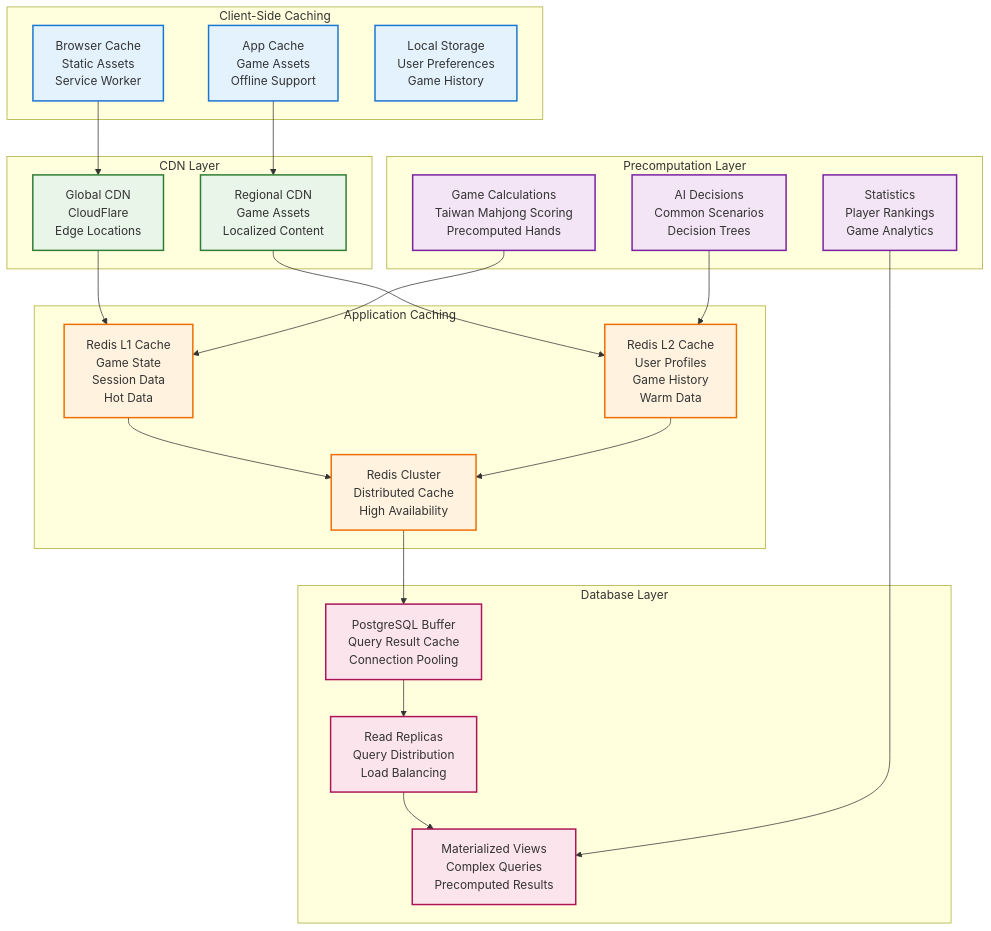
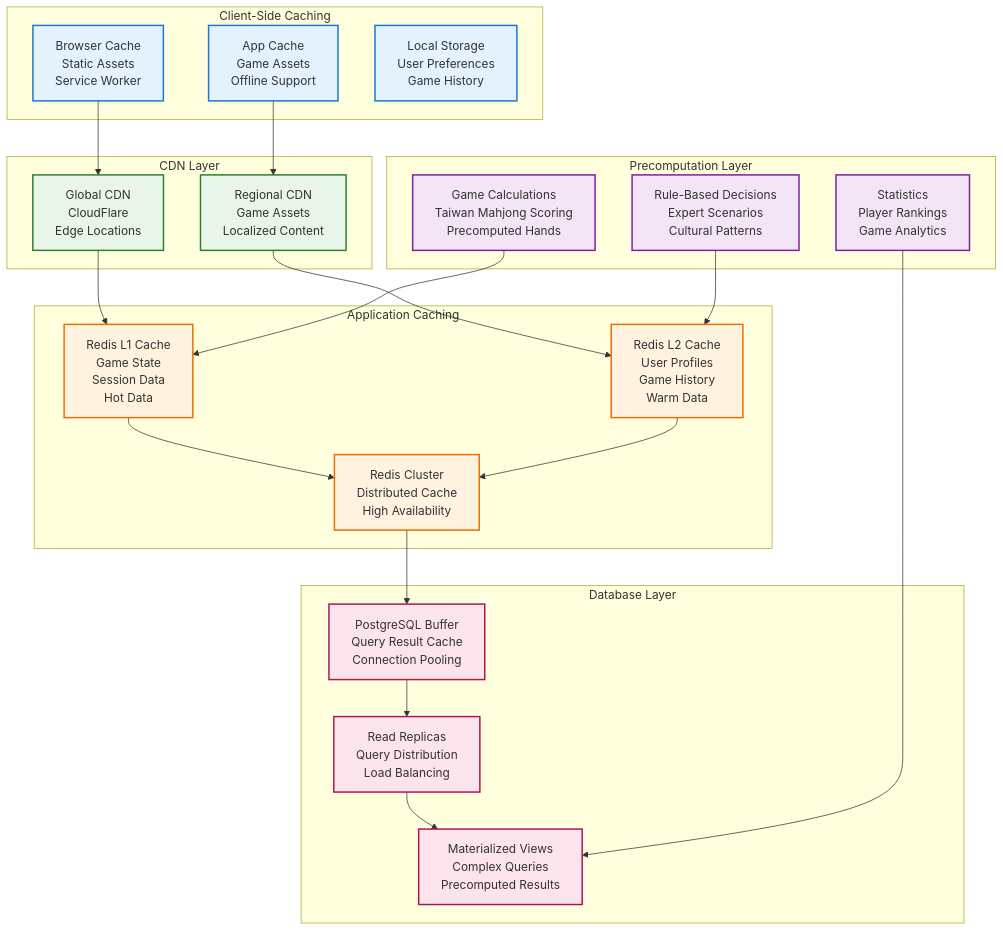
Diagram 12 of 23 in docs/system-architecture-and-design.md (cloudaipro/tai_mahjong), drawn with Mermaid before and after one commit. The commit also changed other lines of this file and 9 other files, not shown here.

Commit message:
adapt rule-base-expert system

````diff
--- a/docs/system-architecture-and-design.md
+++ b/docs/system-architecture-and-design.md
@@ -1655,60 +1655,60 @@
 ```mermaid
 graph TB
     subgraph "Client-Side Caching"
         BROWSER[Browser Cache<br/>Static Assets<br/>Service Worker]
         APP[App Cache<br/>Game Assets<br/>Offline Support]
         LOCAL[Local Storage<br/>User Preferences<br/>Game History]
     end
     
     subgraph "CDN Layer"
         GLOBAL_CDN[Global CDN<br/>CloudFlare<br/>Edge Locations]
         REGIONAL_CDN[Regional CDN<br/>Game Assets<br/>Localized Content]
     end
     
     subgraph "Application Caching"
         REDIS_L1[Redis L1 Cache<br/>Game State<br/>Session Data<br/>Hot Data]
         REDIS_L2[Redis L2 Cache<br/>User Profiles<br/>Game History<br/>Warm Data]
         REDIS_CLUSTER[Redis Cluster<br/>Distributed Cache<br/>High Availability]
     end
     
     subgraph "Database Layer"
         PG_CACHE[PostgreSQL Buffer<br/>Query Result Cache<br/>Connection Pooling]
         READ_REPLICA[Read Replicas<br/>Query Distribution<br/>Load Balancing]
         MATERIALIZED[Materialized Views<br/>Complex Queries<br/>Precomputed Results]
     end
     
     subgraph "Precomputation Layer"
         GAME_CALC[Game Calculations<br/>Taiwan Mahjong Scoring<br/>Precomputed Hands]
-        AI_DECISIONS[AI Decisions<br/>Common Scenarios<br/>Decision Trees]
+        RULE_DECISIONS[Rule-Based Decisions<br/>Expert Scenarios<br/>Cultural Patterns]
         STATISTICS[Statistics<br/>Player Rankings<br/>Game Analytics]
     end
     
     BROWSER --> GLOBAL_CDN
     APP --> REGIONAL_CDN
     
     GLOBAL_CDN --> REDIS_L1
     REGIONAL_CDN --> REDIS_L2
     
     REDIS_L1 --> REDIS_CLUSTER
     REDIS_L2 --> REDIS_CLUSTER
     
     REDIS_CLUSTER --> PG_CACHE
     PG_CACHE --> READ_REPLICA
     READ_REPLICA --> MATERIALIZED
     
     GAME_CALC --> REDIS_L1
-    AI_DECISIONS --> REDIS_L2
+    RULE_DECISIONS --> REDIS_L2
     STATISTICS --> MATERIALIZED
     
     classDef client fill:#e3f2fd,stroke:#1976d2,stroke-width:2px
     classDef cdn fill:#e8f5e8,stroke:#2e7d32,stroke-width:2px
     classDef redis fill:#fff3e0,stroke:#ef6c00,stroke-width:2px
     classDef db fill:#fce4ec,stroke:#ad1457,stroke-width:2px
     classDef compute fill:#f3e5f5,stroke:#7b1fa2,stroke-width:2px
     
     class BROWSER,APP,LOCAL client
     class GLOBAL_CDN,REGIONAL_CDN cdn
     class REDIS_L1,REDIS_L2,REDIS_CLUSTER redis
     class PG_CACHE,READ_REPLICA,MATERIALIZED db
-    class GAME_CALC,AI_DECISIONS,STATISTICS compute
+    class GAME_CALC,RULE_DECISIONS,STATISTICS compute
 ```
````
